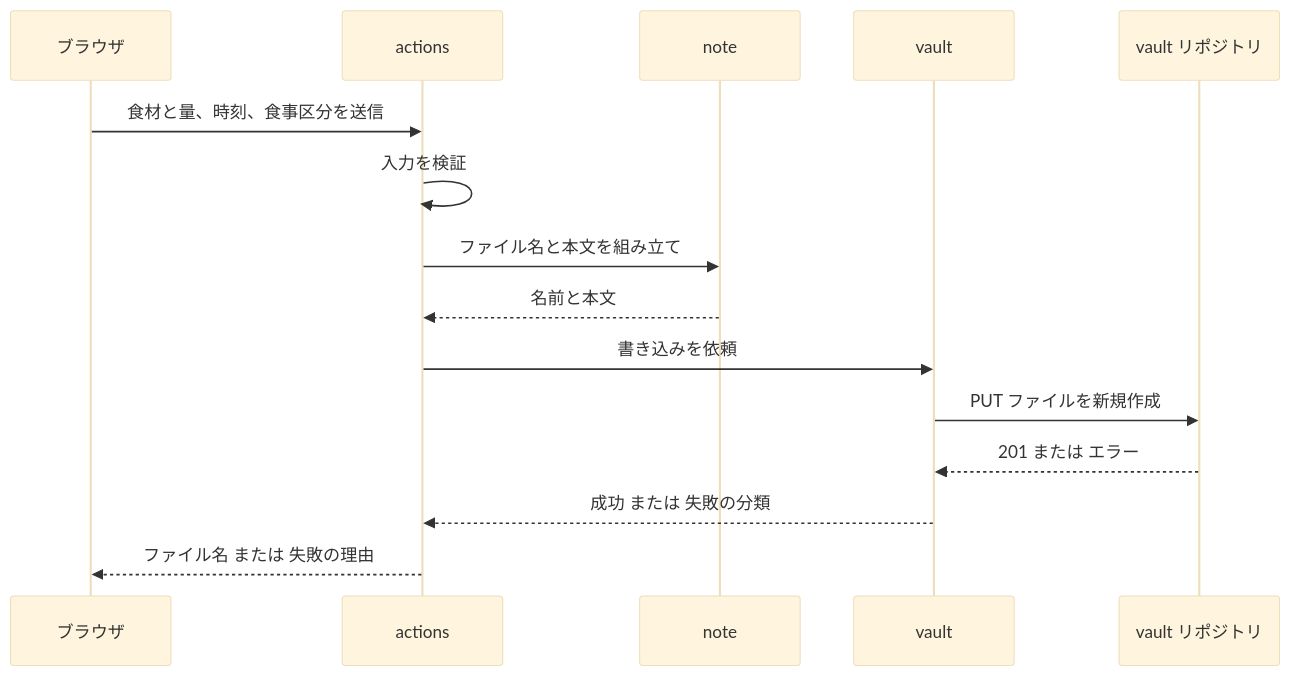
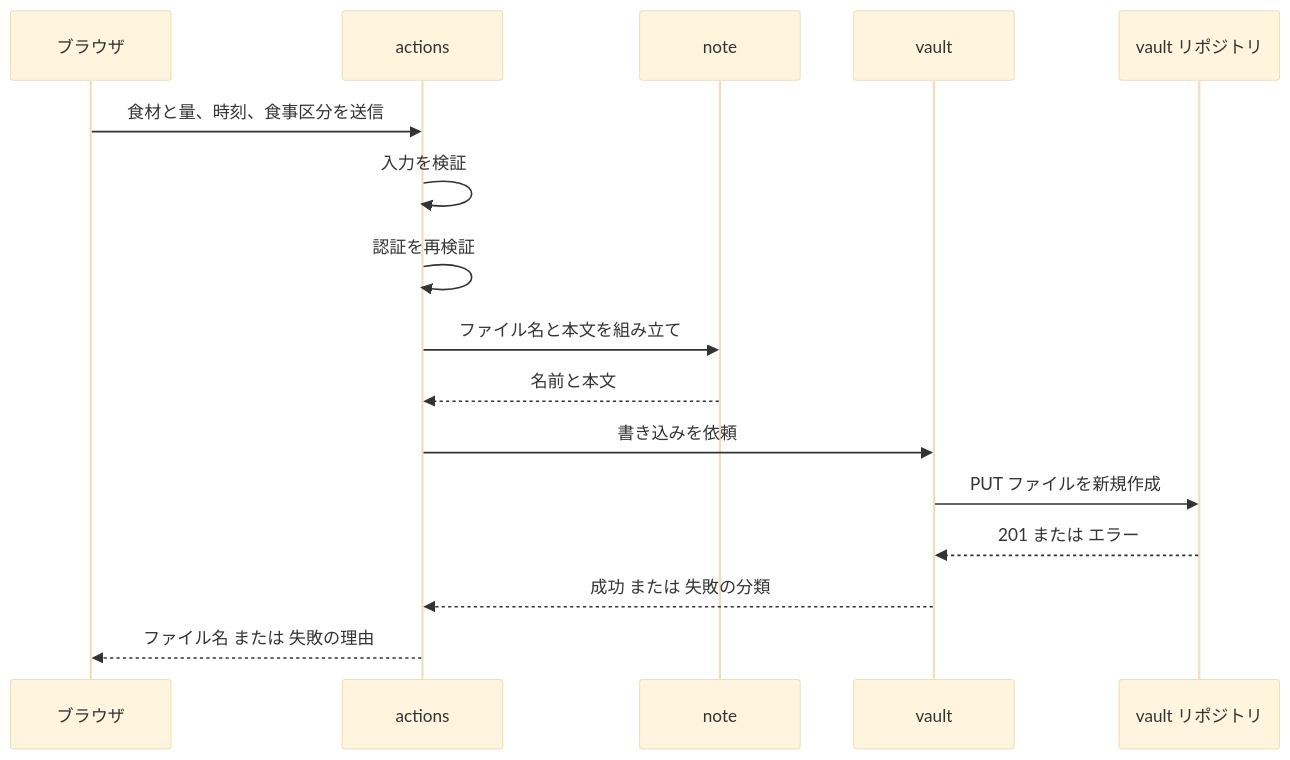
The second of 2 diagrams in .kiro/specs/meal-record/design.md (nozomi-iida/obsidian-meal-log), drawn with Mermaid (base theme) before and after one commit. The commit also changed other lines of this file and 3 other files, not shown here.

````diff
--- a/.kiro/specs/meal-record/design.md
+++ b/.kiro/specs/meal-record/design.md
@@ -172,18 +172,19 @@
 ```mermaid
 sequenceDiagram
     participant B as ブラウザ
     participant A as actions
     participant N as note
     participant V as vault
     participant G as vault リポジトリ
 
     B->>A: 食材と量、時刻、食事区分を送信
     A->>A: 入力を検証
+    A->>A: 認証を再検証
     A->>N: ファイル名と本文を組み立て
     N-->>A: 名前と本文
     A->>V: 書き込みを依頼
     V->>G: PUT ファイルを新規作成
     G-->>V: 201 または エラー
     V-->>A: 成功 または 失敗の分類
     A-->>B: ファイル名 または 失敗の理由
 ```
````
